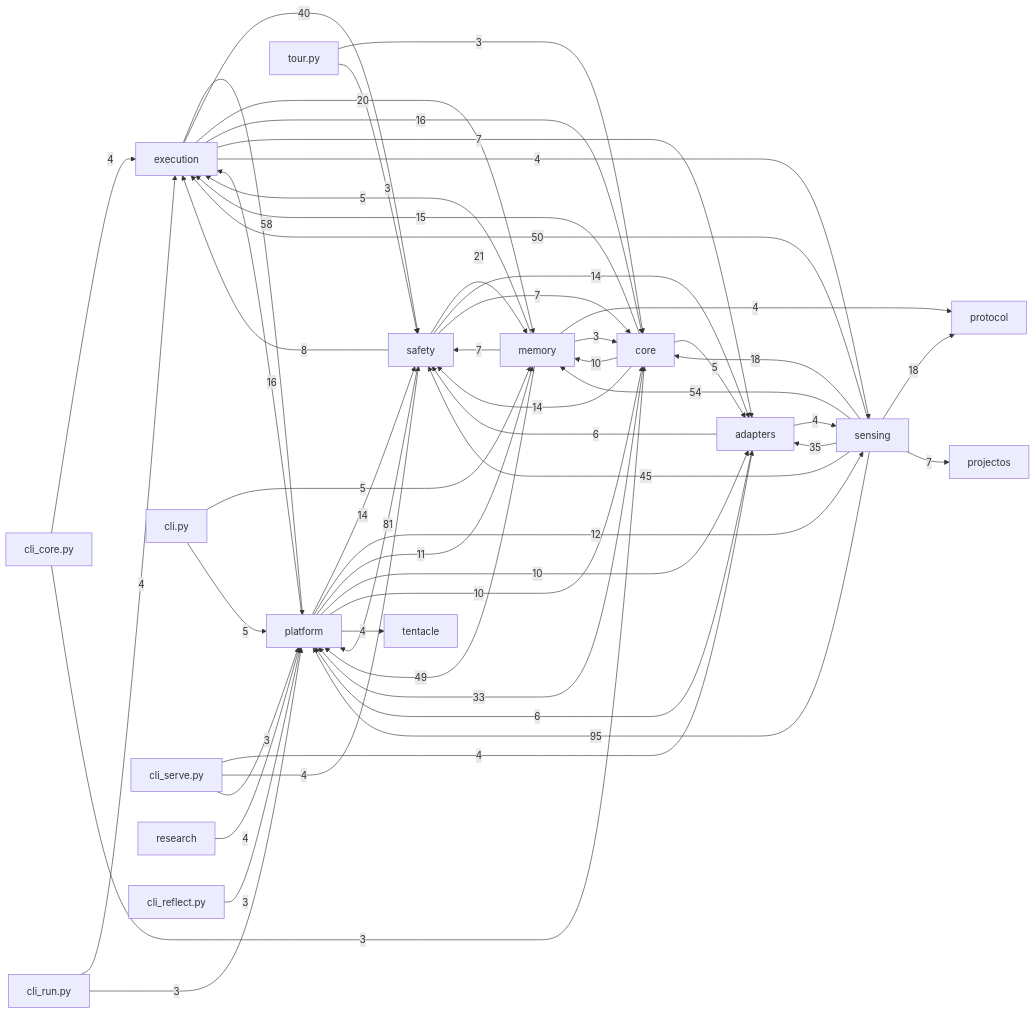
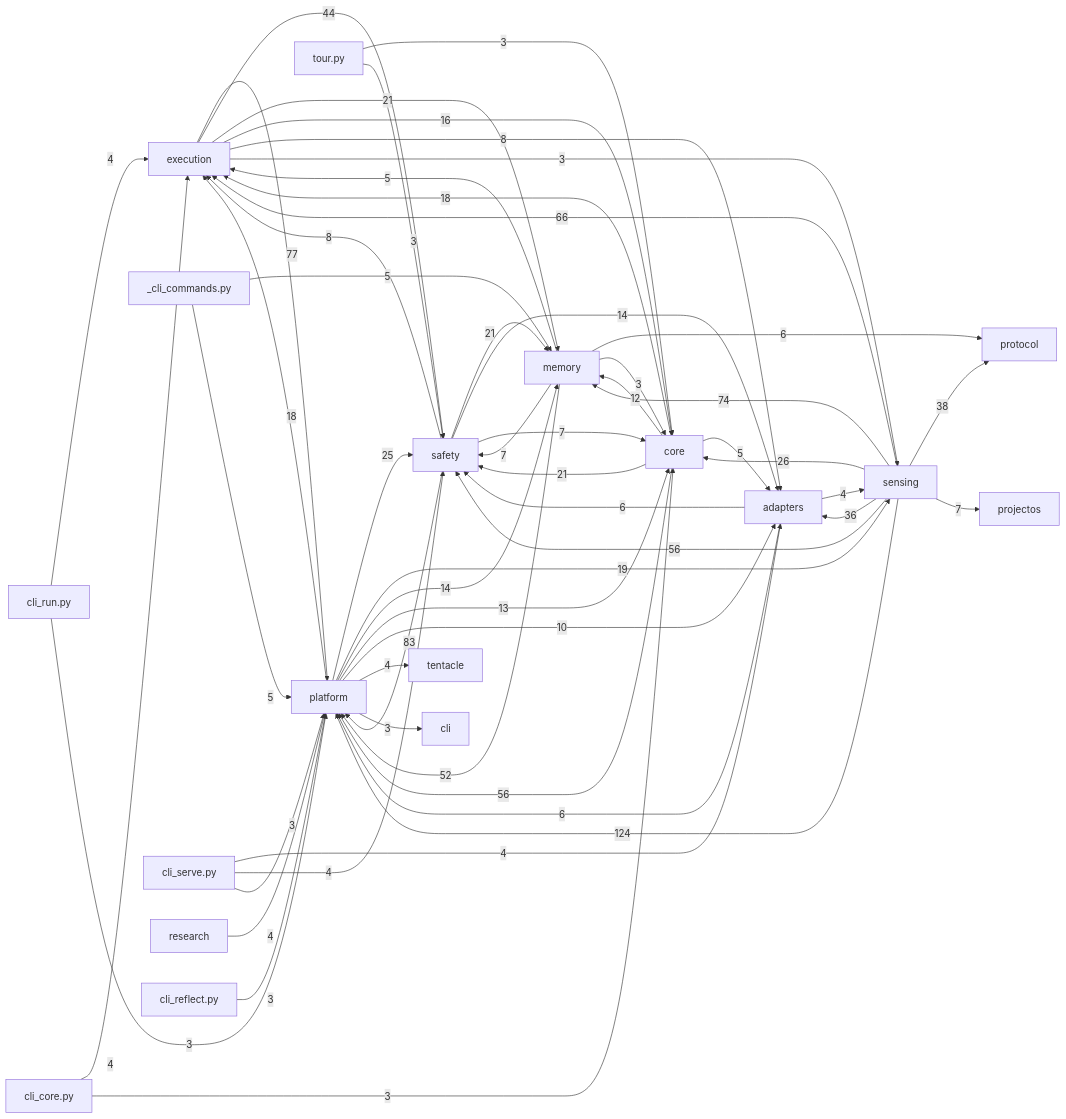
One commit to dengdenghua/octopus-agent changed the diagram in docs/auto/20-backend/index.md. Above: the diagram before and after it, drawn with Mermaid. The commit also changed 28 other files, not shown here.

First line of the commit message:
docs: regenerate auto-generated wiki and roadmap updates

````diff
--- a/docs/auto/20-backend/index.md
+++ b/docs/auto/20-backend/index.md
@@ -26,62 +26,63 @@
 ```mermaid
 graph LR
   execution[execution]
   core[core]
   safety[safety]
   memory[memory]
   sensing[sensing]
   adapters[adapters]
   platform[platform]
-  sensing -- 95 --> platform
-  safety -- 81 --> platform
-  execution -- 58 --> platform
-  sensing -- 54 --> memory
-  sensing -- 50 --> execution
-  memory -- 49 --> platform
-  sensing -- 45 --> safety
-  execution -- 40 --> safety
-  sensing -- 35 --> adapters
-  core -- 33 --> platform
+  sensing -- 124 --> platform
+  safety -- 83 --> platform
+  execution -- 77 --> platform
+  sensing -- 74 --> memory
+  sensing -- 66 --> execution
+  core -- 56 --> platform
+  sensing -- 56 --> safety
+  memory -- 52 --> platform
+  execution -- 44 --> safety
+  sensing -- 38 --> protocol
+  sensing -- 36 --> adapters
+  sensing -- 26 --> core
+  platform -- 25 --> safety
+  core -- 21 --> safety
+  execution -- 21 --> memory
   safety -- 21 --> memory
-  execution -- 20 --> memory
-  sensing -- 18 --> core
-  sensing -- 18 --> protocol
+  platform -- 19 --> sensing
+  core -- 18 --> execution
+  platform -- 18 --> execution
   execution -- 16 --> core
-  platform -- 16 --> execution
-  core -- 15 --> execution
-  core -- 14 --> safety
-  platform -- 14 --> safety
+  platform -- 14 --> memory
   safety -- 14 --> adapters
-  platform -- 12 --> sensing
-  platform -- 11 --> memory
-  core -- 10 --> memory
+  platform -- 13 --> core
+  core -- 12 --> memory
   platform -- 10 --> adapters
-  platform -- 10 --> core
+  execution -- 8 --> adapters
   safety -- 8 --> execution
-  execution -- 7 --> adapters
   memory -- 7 --> safety
   safety -- 7 --> core
   sensing -- 7 --> projectos
   adapters -- 6 --> platform
   adapters -- 6 --> safety
-  cli.py -- 5 --> memory
-  cli.py -- 5 --> platform
+  memory -- 6 --> protocol
+  _cli_commands.py -- 5 --> memory
+  _cli_commands.py -- 5 --> platform
   core -- 5 --> adapters
   memory -- 5 --> execution
   adapters -- 4 --> sensing
   cli_core.py -- 4 --> execution
   cli_run.py -- 4 --> execution
   cli_serve.py -- 4 --> adapters
   cli_serve.py -- 4 --> safety
-  execution -- 4 --> sensing
-  memory -- 4 --> protocol
   platform -- 4 --> tentacle
   research -- 4 --> platform
   cli_core.py -- 3 --> core
   cli_reflect.py -- 3 --> platform
   cli_run.py -- 3 --> platform
   cli_serve.py -- 3 --> platform
+  execution -- 3 --> sensing
   memory -- 3 --> core
+  platform -- 3 --> cli
   tour.py -- 3 --> core
   tour.py -- 3 --> safety
 ```
````
